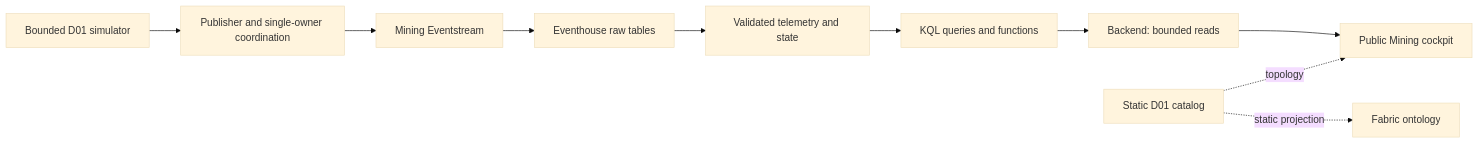
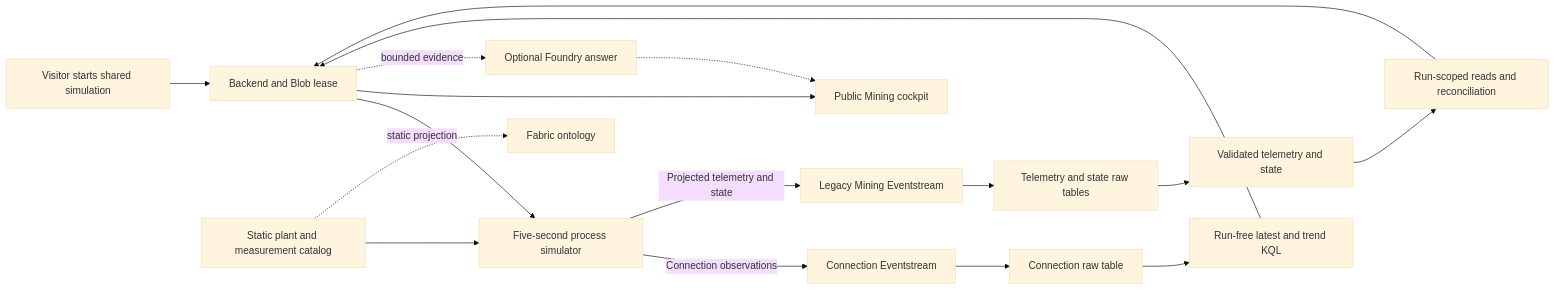
One commit to ribumann/fabrictritwin changed the first of 2 diagrams in docs/mining-learning-guide.md. Above: the diagram before and after it, drawn with Mermaid (base theme). The commit also changed other lines of this file and 10 other files, not shown here.

Commit message:
Clarify mining demo and document live data flow

````diff
--- a/docs/mining-learning-guide.md
+++ b/docs/mining-learning-guide.md
@@ -17,12 +17,19 @@
 ```mermaid
 flowchart LR
-    S[Bounded D01 simulator] --> P[Publisher and single-owner coordination]
-    P --> E[Mining Eventstream]
-    E --> R[Eventhouse raw tables]
-    R --> V[Validated telemetry and state]
-    V --> Q[KQL queries and functions]
-    Q --> B[Backend: bounded reads]
+    U[Visitor starts shared simulation] --> B[Backend and Blob lease]
+    D[Static plant and measurement catalog] --> S[Five-second process simulator]
+    B --> S
+    S -->|Connection observations| CE[Connection Eventstream]
+    S -->|Projected telemetry and state| LE[Legacy Mining Eventstream]
+    CE --> CR[Connection raw table]
+    CR --> CQ[Run-free latest and trend KQL]
+    LE --> LR[Telemetry and state raw tables]
+    LR --> V[Validated telemetry and state]
+    V --> LQ[Run-scoped reads and reconciliation]
+    CQ --> B
+    LQ --> B
     B --> C[Public Mining cockpit]
-    D[Static D01 catalog] -. topology .-> C
+    B -. bounded evidence .-> A[Optional Foundry answer]
+    A -.-> C
     D -. static projection .-> O[Fabric ontology]
 ```
````
